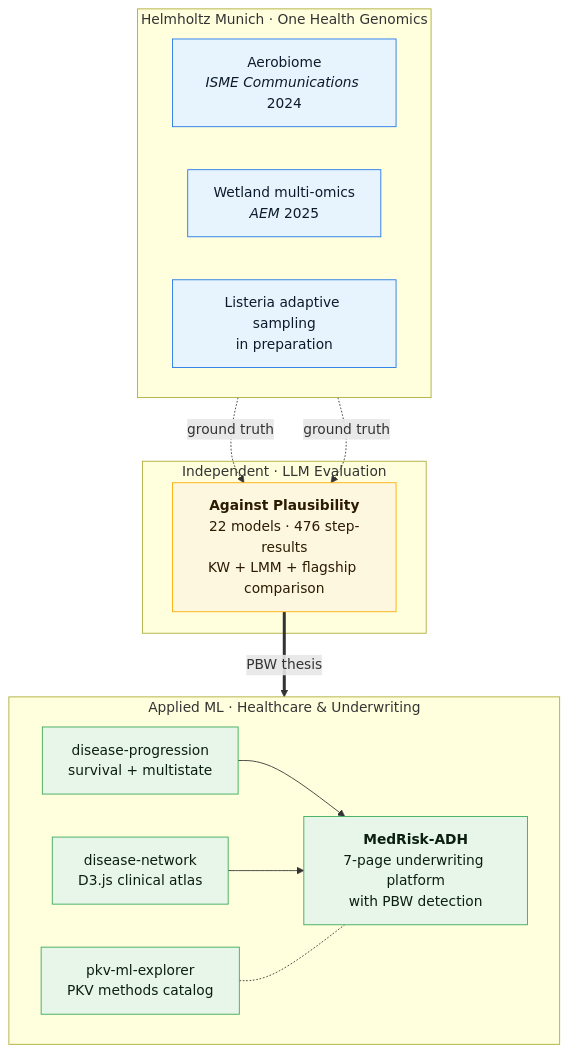
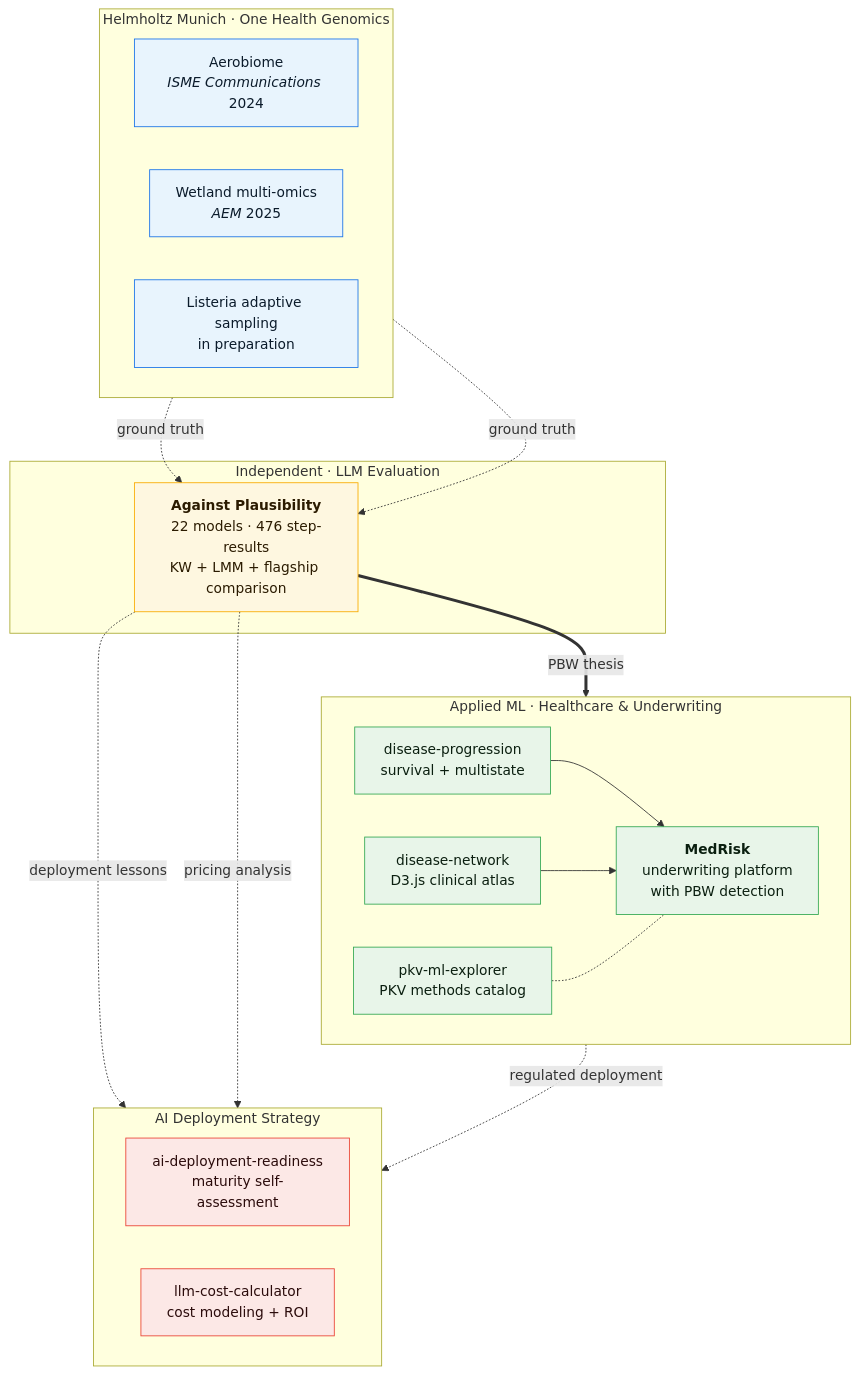
One commit to ttmgr/Tim_Reska changed the diagram in README.md. Above: the diagram before and after it, drawn with Mermaid. The commit also changed other lines of this file and 24 other files, not shown here.

````diff
--- a/README.md
+++ b/README.md
@@ -25,36 +15,48 @@
 ```mermaid
 flowchart TB
     subgraph H["Helmholtz Munich · One Health Genomics"]
         direction LR
         A["Aerobiome<br/><i>ISME Communications</i> 2024"]
         W["Wetland multi-omics<br/><i>AEM</i> 2025"]
         L["Listeria adaptive sampling<br/>in preparation"]
     end
 
     subgraph I["Independent · LLM Evaluation"]
         E["<b>Against Plausibility</b><br/>22 models · 476 step-results<br/>KW + LMM + flagship comparison"]
     end
 
     subgraph T["Applied ML · Healthcare & Underwriting"]
         direction LR
         DP["disease-progression<br/>survival + multistate"]
         DN["disease-network<br/>D3.js clinical atlas"]
-        MR["<b>MedRisk-ADH</b><br/>7-page underwriting platform<br/>with PBW detection"]
+        MR["<b>MedRisk</b><br/>underwriting platform<br/>with PBW detection"]
         PKV["pkv-ml-explorer<br/>PKV methods catalog"]
+    end
+
+    subgraph D["AI Deployment Strategy"]
+        direction LR
+        ADR["ai-deployment-readiness<br/>maturity self-assessment"]
+        LCC["llm-cost-calculator<br/>cost modeling + ROI"]
     end
 
     A -. ground truth .-> E
     W -. ground truth .-> E
     E == PBW thesis ==> MR
 
     DP --> MR
     DN --> MR
     PKV -.- MR
 
+    E -. deployment lessons .-> ADR
+    E -. pricing analysis .-> LCC
+    MR -. regulated deployment .-> ADR
+
     classDef helm fill:#e8f4fd,stroke:#1a73e8,color:#0b1b2b
     classDef ind fill:#fef7e0,stroke:#f9ab00,color:#2b1b00
     classDef appl fill:#e8f5e9,stroke:#34a853,color:#0b1f10
+    classDef depl fill:#fce8e6,stroke:#ea4335,color:#2b0b0b
     class A,W,L helm
     class E ind
     class DP,DN,MR,PKV appl
+    class ADR,LCC depl
 ```
````
